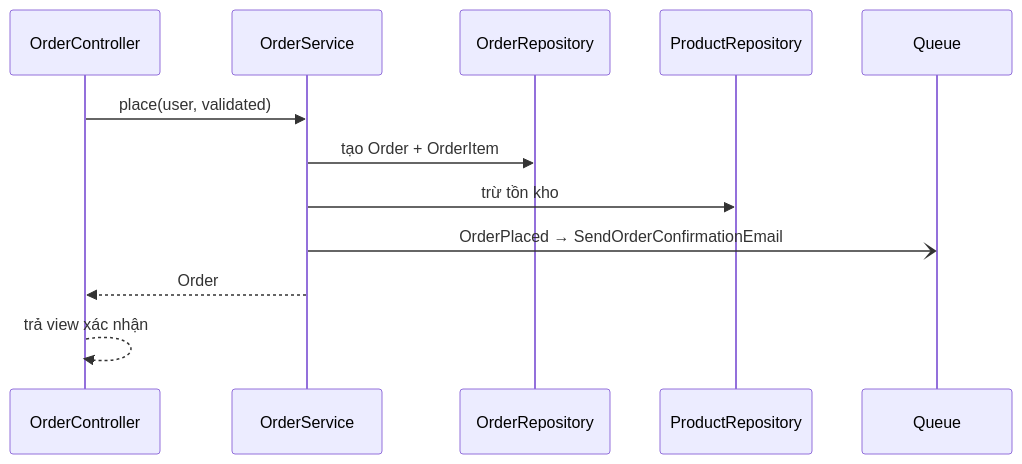
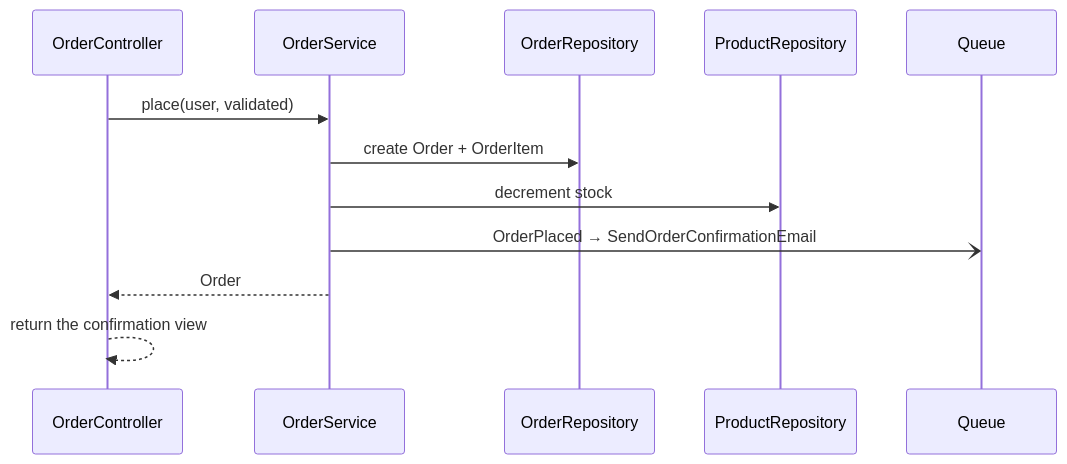
The third of 4 diagrams in docs/technologies/php/laravel/architecture.mdx (sunflynf/web-notes), drawn with Mermaid before and after one commit. The commit also changed other lines of this file and 33 other files, not shown here.

````diff
--- a/docs/technologies/php/laravel/architecture.mdx
+++ b/docs/technologies/php/laravel/architecture.mdx
@@ -124,14 +124,14 @@
 ```mermaid
 sequenceDiagram
   participant C as OrderController
   participant S as OrderService
   participant OR as OrderRepository
   participant PR as ProductRepository
   participant Q as Queue
   C->>S: place(user, validated)
-  S->>OR: tạo Order + OrderItem
-  S->>PR: trừ tồn kho
+  S->>OR: create Order + OrderItem
+  S->>PR: decrement stock
   S-)Q: OrderPlaced → SendOrderConfirmationEmail
   S-->>C: Order
-  C-->>C: trả view xác nhận
+  C-->>C: return the confirmation view
 ```
````
